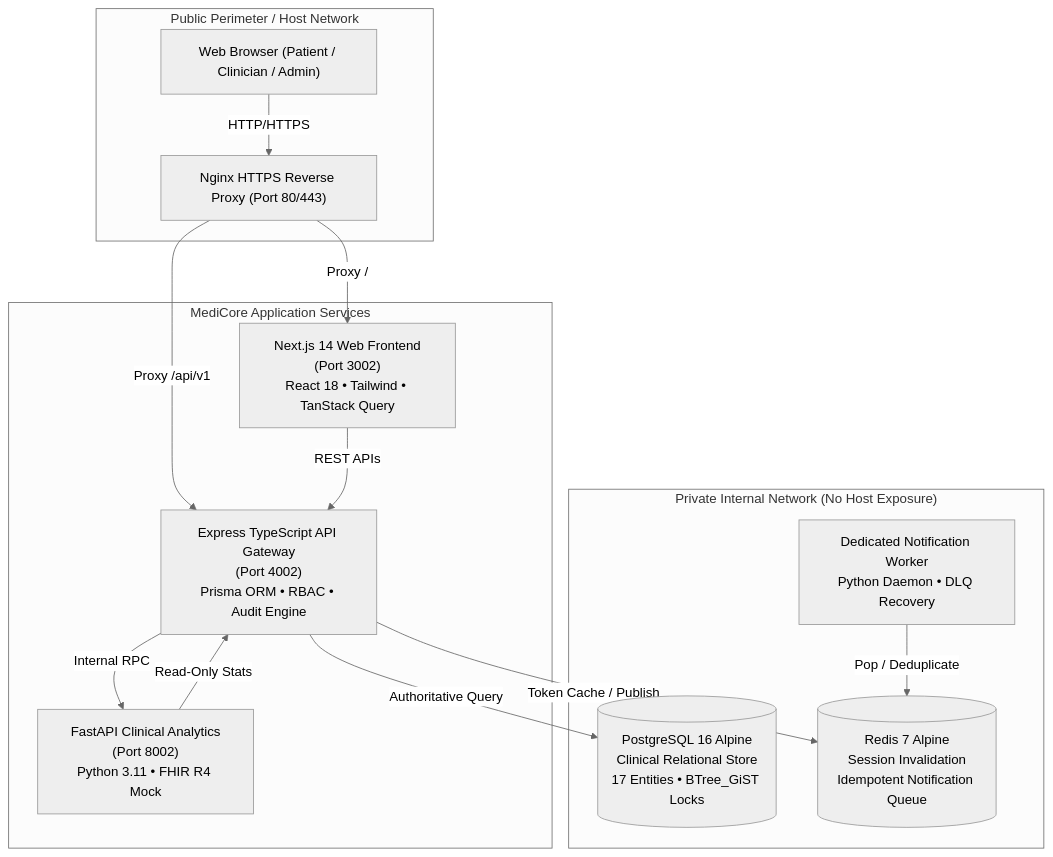
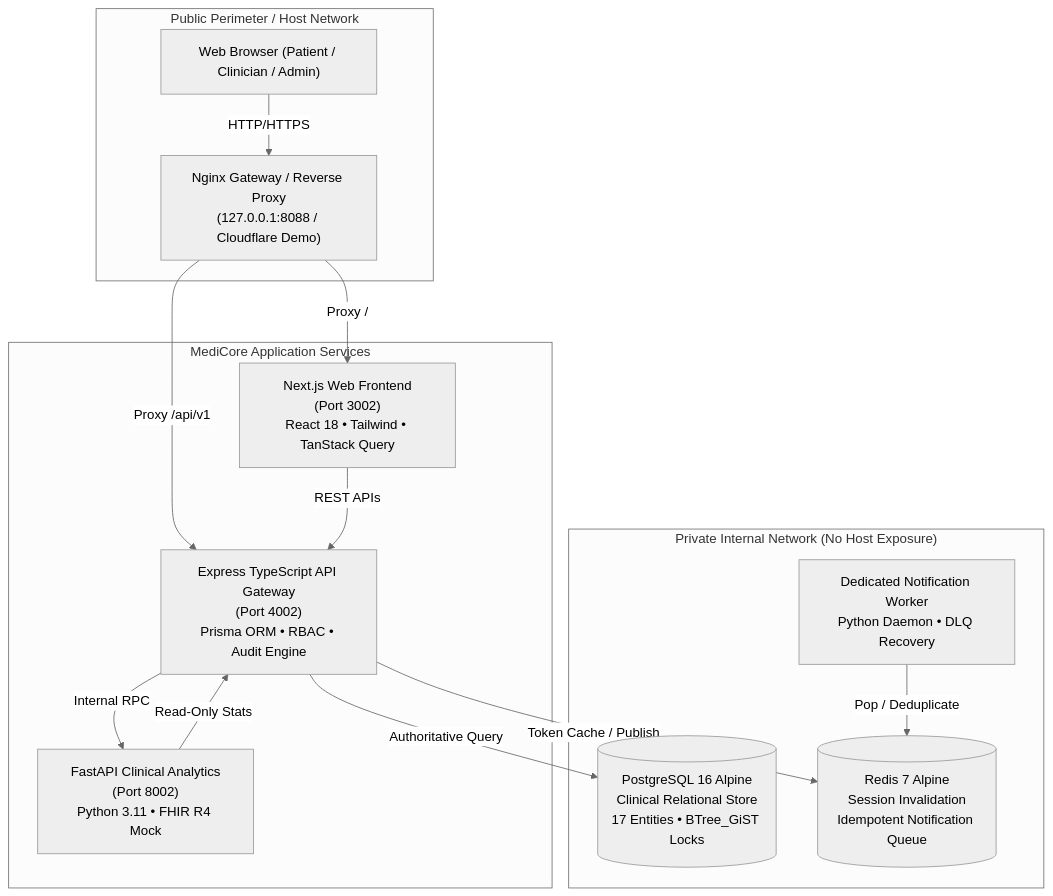
Before and after one commit to Naik1437/MediCore: the first of 2 diagrams in README.md, drawn with Mermaid (neutral theme). The commit also changed other lines of this file and 9 other files, not shown here.

Commit message:
feat(medicore): secure HTTPS demo gateway and finalize documentation

````diff
--- a/README.md
+++ b/README.md
@@ -9,29 +19,29 @@
 ```mermaid
 flowchart TD
     subgraph Public_Perimeter["Public Perimeter / Host Network"]
         ClientBrowser["Web Browser (Patient / Clinician / Admin)"]
-        NginxProxy["Nginx HTTPS Reverse Proxy (Port 80/443)"]
+        NginxGateway["Nginx Gateway / Reverse Proxy\n(127.0.0.1:8088 / Cloudflare Demo)"]
     end
 
     subgraph DMZ_Services["MediCore Application Services"]
-        Frontend["Next.js 14 Web Frontend\n(Port 3002)\nReact 18 • Tailwind • TanStack Query"]
+        Frontend["Next.js Web Frontend\n(Port 3002)\nReact 18 • Tailwind • TanStack Query"]
         BackendGateway["Express TypeScript API Gateway\n(Port 4002)\nPrisma ORM • RBAC • Audit Engine"]
         AnalyticsSvc["FastAPI Clinical Analytics\n(Port 8002)\nPython 3.11 • FHIR R4 Mock"]
     end
 
     subgraph Internal_Private["Private Internal Network (No Host Exposure)"]
         PostgresDB[("PostgreSQL 16 Alpine\nClinical Relational Store\n17 Entities • BTree_GiST Locks")]
         RedisCache[("Redis 7 Alpine\nSession Invalidation\nIdempotent Notification Queue")]
         WorkerSvc["Dedicated Notification Worker\nPython Daemon • DLQ Recovery"]
     end
 
-    ClientBrowser -->|HTTP/HTTPS| NginxProxy
-    NginxProxy -->|Proxy /| Frontend
-    NginxProxy -->|Proxy /api/v1| BackendGateway
+    ClientBrowser -->|HTTP/HTTPS| NginxGateway
+    NginxGateway -->|Proxy /| Frontend
+    NginxGateway -->|Proxy /api/v1| BackendGateway
     Frontend -->|REST APIs| BackendGateway
     BackendGateway -->|Internal RPC| AnalyticsSvc
     BackendGateway -->|Authoritative Query| PostgresDB
     BackendGateway -->|Token Cache / Publish| RedisCache
     WorkerSvc -->|Pop / Deduplicate| RedisCache
     AnalyticsSvc -->|Read-Only Stats| BackendGateway
 ```
````
